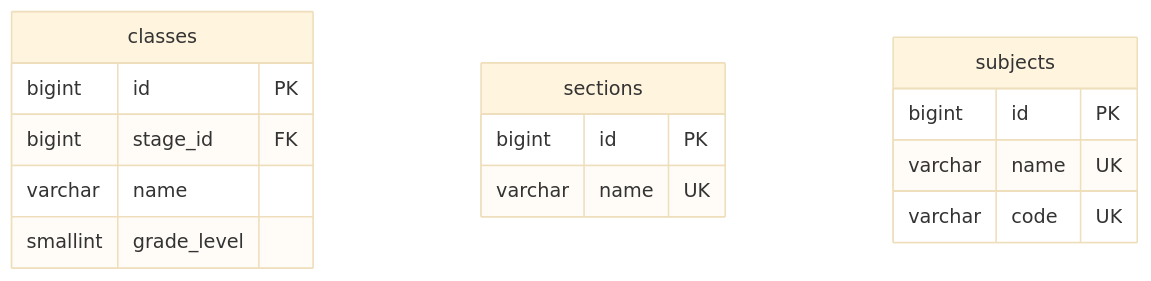
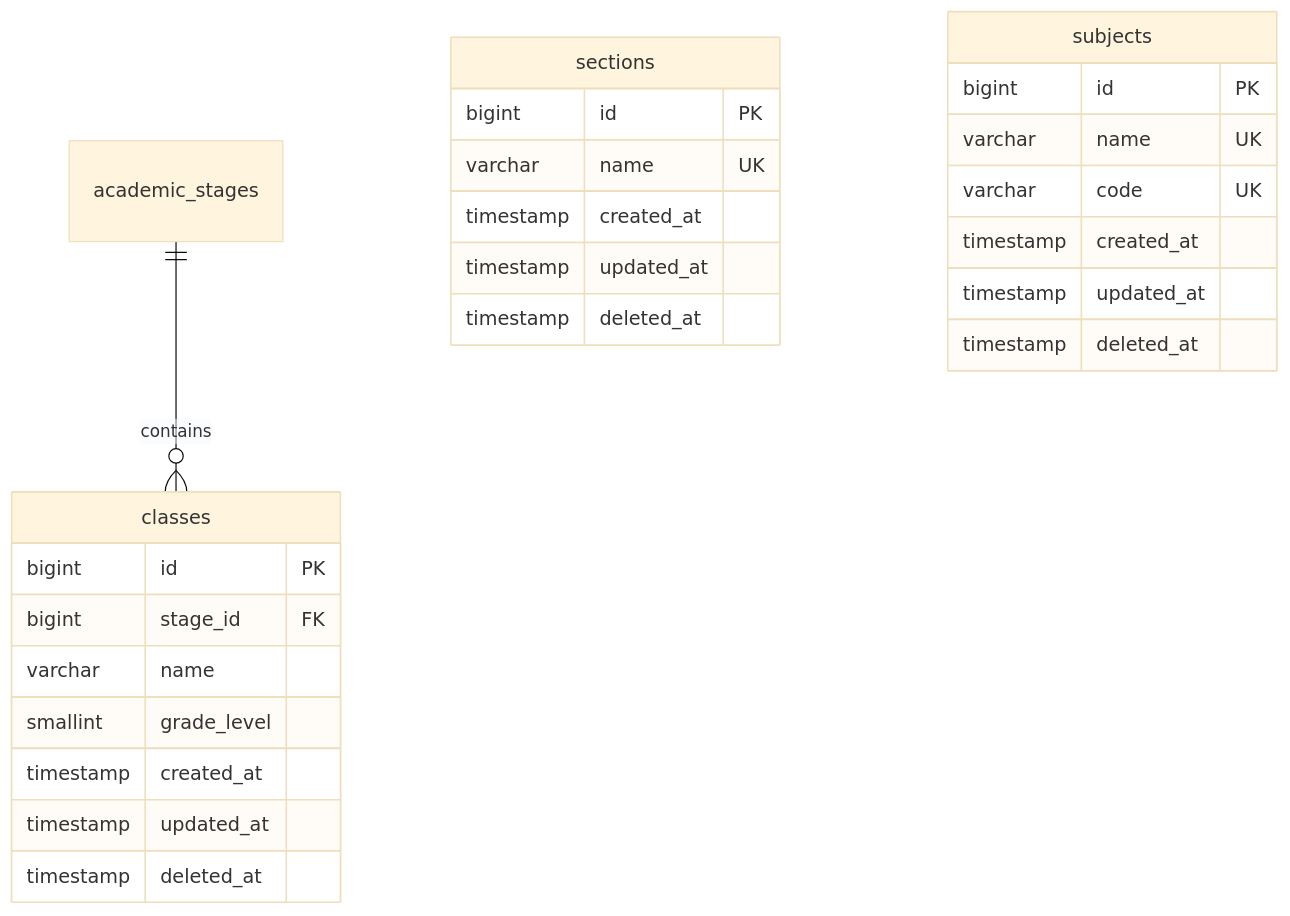
One commit to alalemusa98-ctrl/Taqniya-SMS changed the diagram in MD/phases/phase_02_academic_structure_b/data.md. Above: the diagram before and after it, drawn with Mermaid (base theme). The commit also changed other lines of this file and 7 other files, not shown here.

````diff
--- a/MD/phases/phase_02_academic_structure_b/data.md
+++ b/MD/phases/phase_02_academic_structure_b/data.md
@@ -76,18 +106,28 @@
 ```mermaid
 erDiagram
+    academic_stages ||--o{ classes : "contains"
     classes {
         bigint id PK
         bigint stage_id FK
         varchar name
         smallint grade_level
+        timestamp created_at
+        timestamp updated_at
+        timestamp deleted_at
     }
     sections {
         bigint id PK
         varchar name UK
+        timestamp created_at
+        timestamp updated_at
+        timestamp deleted_at
     }
     subjects {
         bigint id PK
         varchar name UK
         varchar code UK
+        timestamp created_at
+        timestamp updated_at
+        timestamp deleted_at
     }
 ```
````
